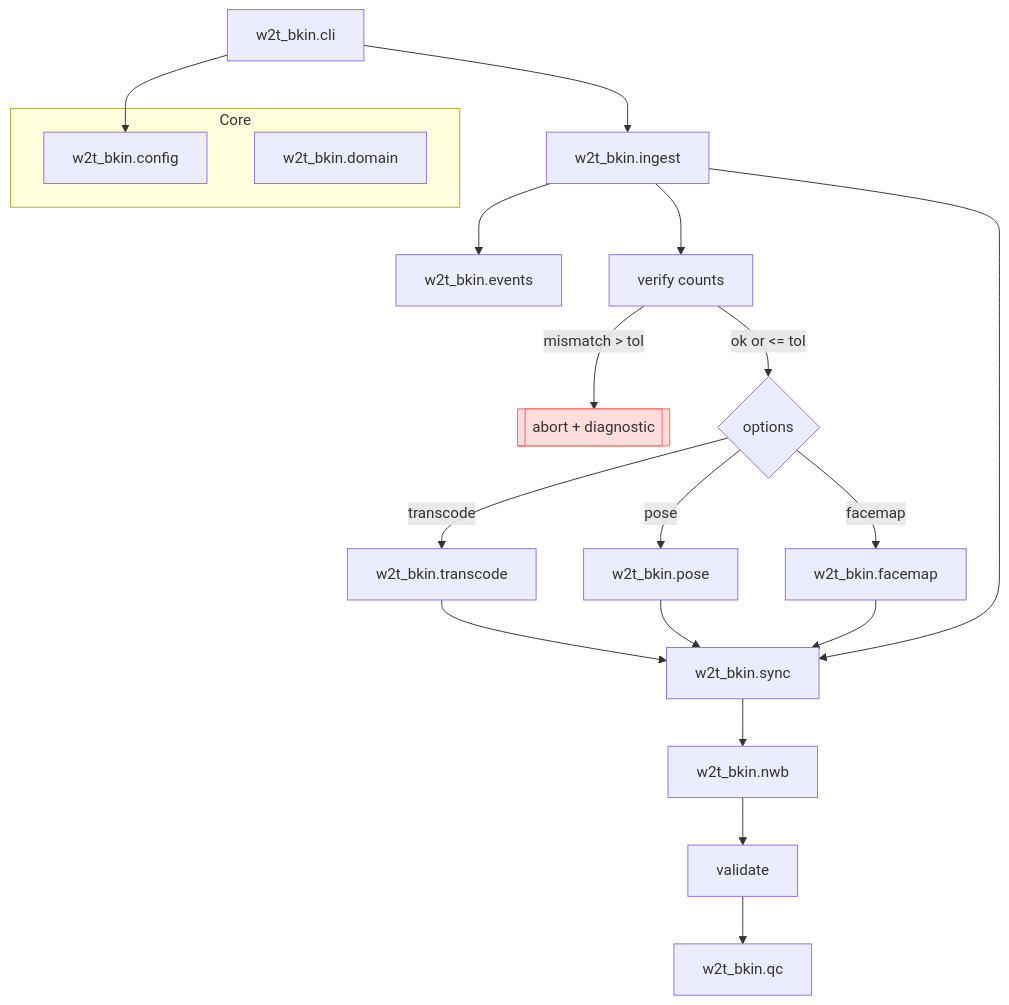
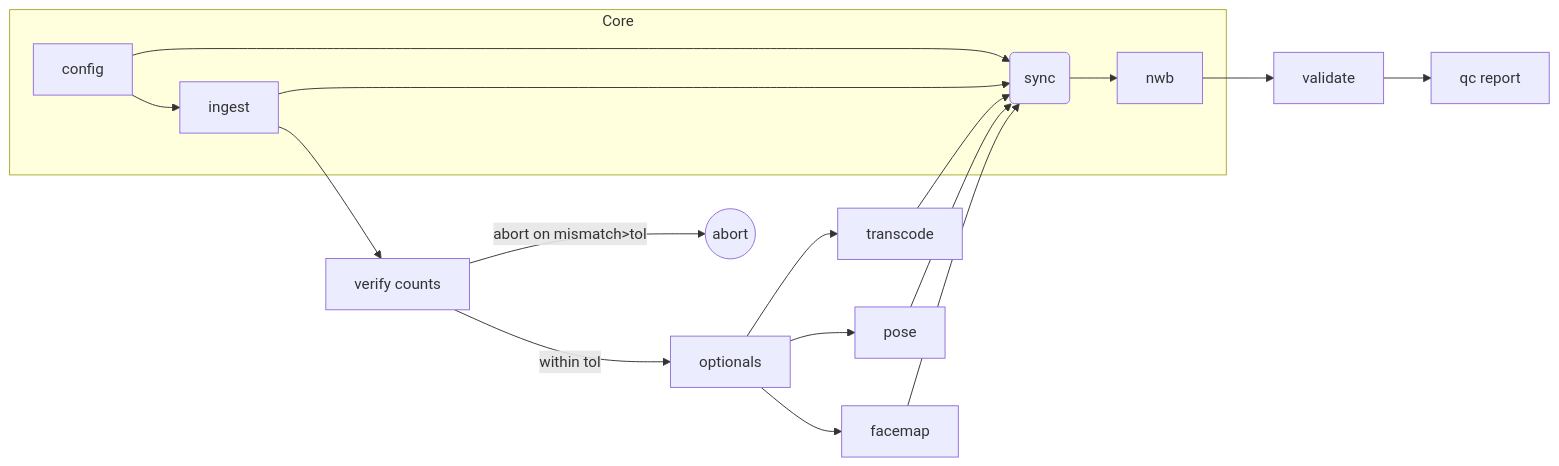
The first of 3 diagrams in design.md (BorjaEst/w2t-bkin), drawn with Mermaid before and after one commit. The commit also changed other lines of this file and 1 other file, not shown here.

Commit message:
Add implementation plan and dependency order for W2T-BKIN project

````diff
--- a/design.md
+++ b/design.md
@@ -29,24 +24,20 @@
 ```mermaid
-flowchart TD
+flowchart LR
   subgraph Core
-    CFG[w2t_bkin.config]
-    DOM[w2t_bkin.domain]
+    CFG[config] --> ING[ingest]
+    CFG --> SYN(sync)
+    ING --> SYN
+    SYN --> NWB[nwb]
   end
-  CLI[w2t_bkin.cli] --> CFG
-  CLI --> ING[w2t_bkin.ingest]
-  ING --> EVT[w2t_bkin.events]
   ING --> VER[verify counts]
-  VER -->|mismatch > tol| X[[abort + diagnostic]]
-  VER -->|ok or <= tol| TRIG{options}
-  TRIG -->|transcode| TRN[w2t_bkin.transcode]
-  TRIG -->|pose| POS[w2t_bkin.pose]
-  TRIG -->|facemap| FAC[w2t_bkin.facemap]
-  TRN --> TMB[w2t_bkin.sync]
-  POS --> TMB
-  FAC --> TMB
-  ING --> TMB
-  TMB --> NWB[w2t_bkin.nwb]
+  VER -->|abort on mismatch>tol| X((abort))
+  VER -->|within tol| OPT[optionals]
+  OPT --> TRN[transcode]
+  OPT --> POS[pose]
+  OPT --> FAC[facemap]
+  TRN --> SYN
+  POS --> SYN
+  FAC --> SYN
   NWB --> VAL[validate]
-  VAL --> REP[w2t_bkin.qc]
-  style X fill:#fdd,stroke:#f66
+  VAL --> QC[qc report]
 ```
````
